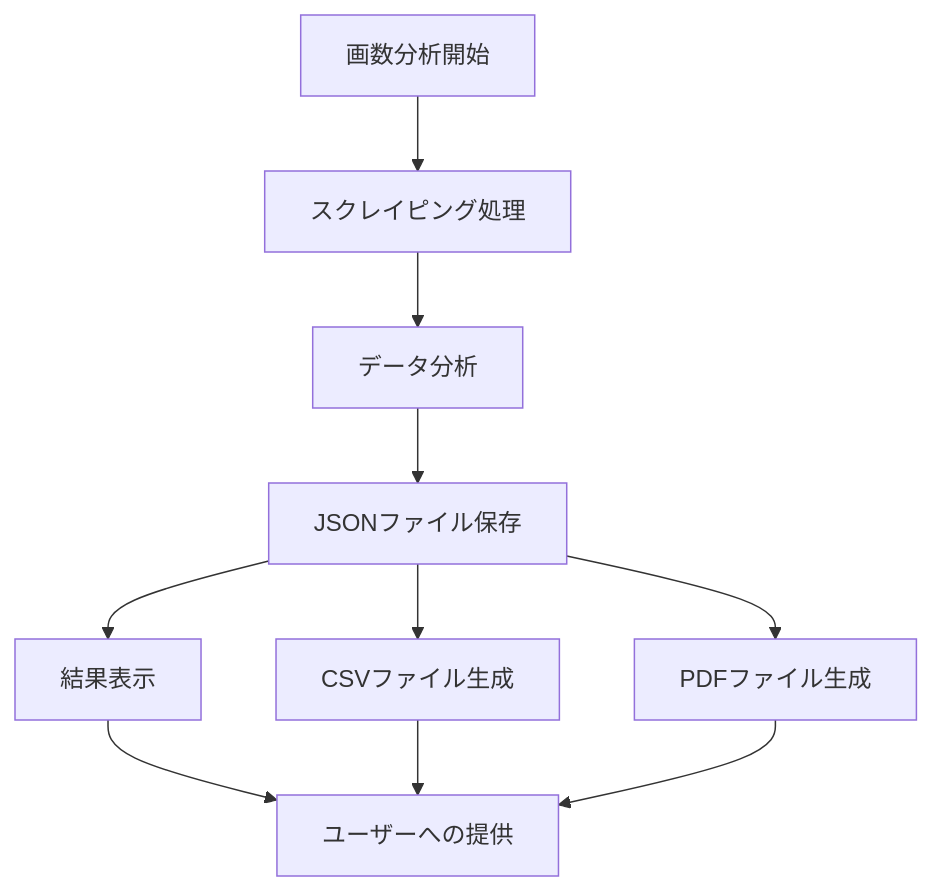
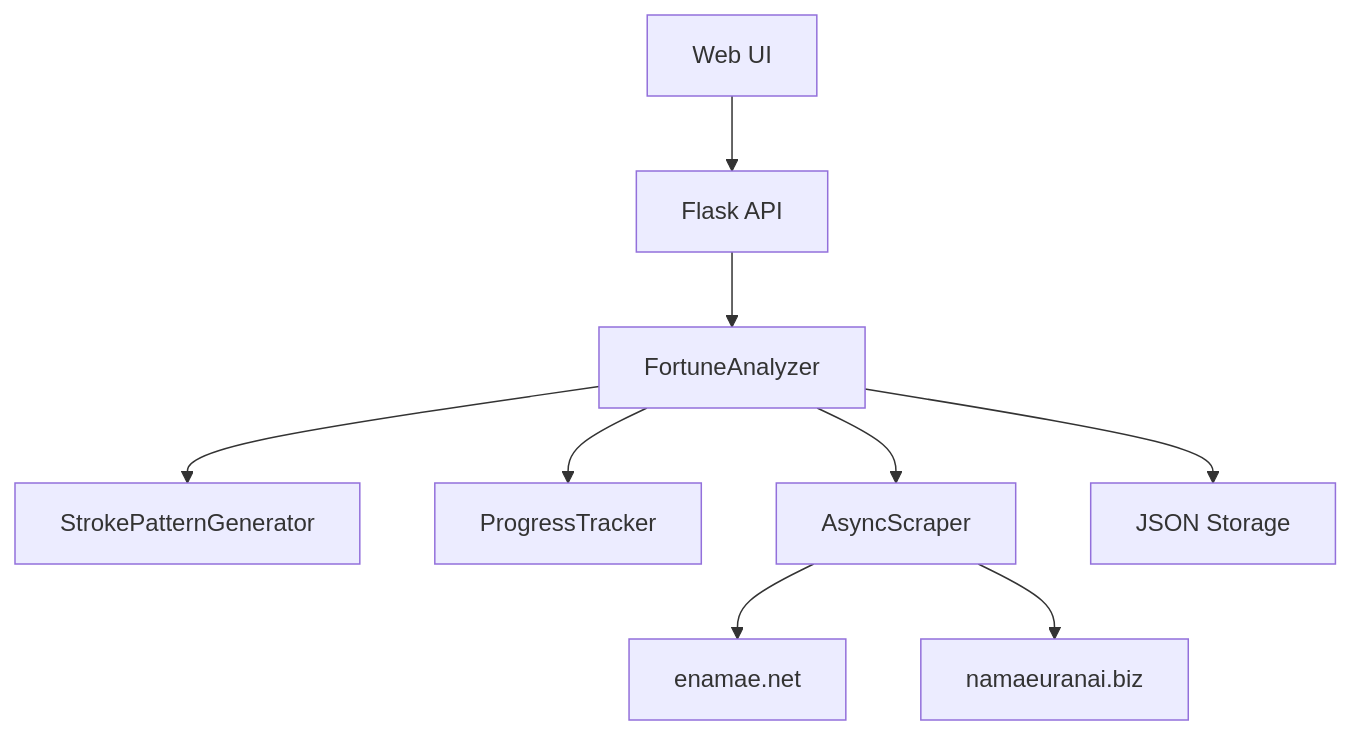
One commit to santa928/nameFortuneJp changed the second of 2 diagrams in docs/画数別運勢一覧機能仕様書.md. Above: the diagram before and after it, drawn with Mermaid. The commit also changed other lines of this file and 3 other files, not shown here.

````diff
--- a/docs/画数別運勢一覧機能仕様書.md
+++ b/docs/画数別運勢一覧機能仕様書.md
@@ -49,10 +91,11 @@
 ```mermaid
-flowchart TB
-    A[画数分析開始] --> B[スクレイピング処理]
-    B --> C[データ分析]
-    C --> D[JSONファイル保存]
-    D --> E[結果表示]
-    D --> F[CSVファイル生成]
-    D --> G[PDFファイル生成]
-    E & F & G --> H[ユーザーへの提供]
+graph TB
+    A[Web UI] --> B[Flask API]
+    B --> C[FortuneAnalyzer]
+    C --> D[StrokePatternGenerator]
+    C --> E[ProgressTracker]
+    C --> F[AsyncScraper]
+    F --> G[enamae.net]
+    F --> H[namaeuranai.biz]
+    C --> I[JSON Storage]
 ```
````
